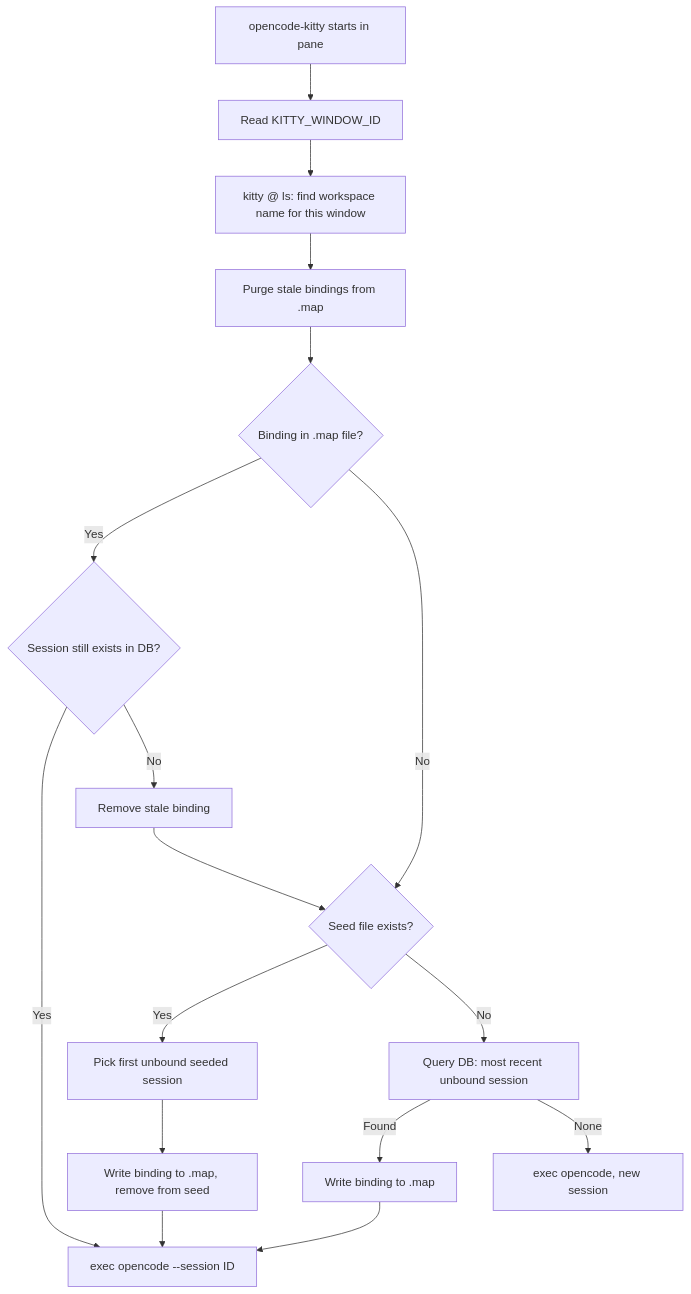
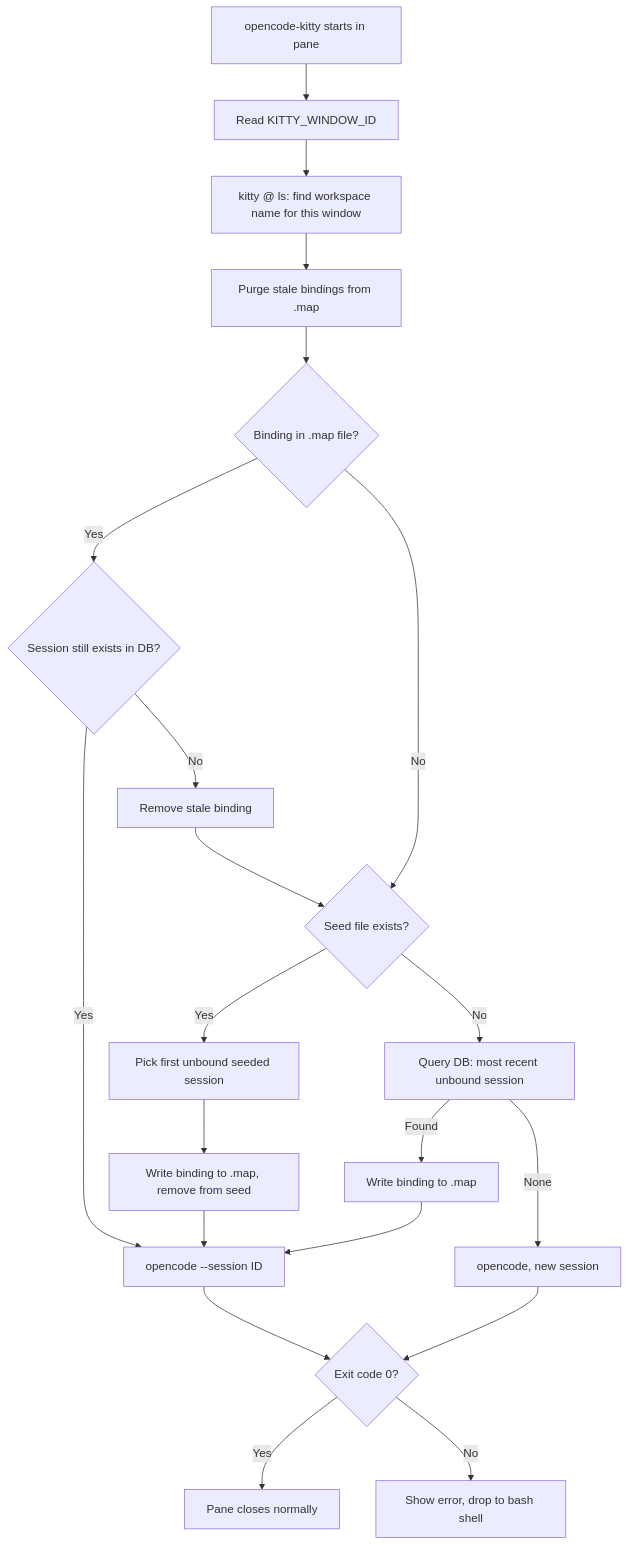
Before and after one commit to Saltiola7/dotfiles: the third of 3 diagrams in docs/specs/kitty-pycharm.md, drawn with Mermaid. The commit also changed other lines of this file and 11 other files, not shown here.

````diff
--- a/docs/specs/kitty-pycharm.md
+++ b/docs/specs/kitty-pycharm.md
@@ -162,19 +173,23 @@
 ```mermaid
 flowchart TD
     A[opencode-kitty starts in pane] --> B[Read KITTY_WINDOW_ID]
     B --> C[kitty @ ls: find workspace name for this window]
     C --> P[Purge stale bindings from .map]
     P --> D{Binding in .map file?}
     D -->|Yes| E{Session still exists in DB?}
-    E -->|Yes| F[exec opencode --session ID]
+    E -->|Yes| F[opencode --session ID]
     E -->|No| G[Remove stale binding]
     D -->|No| H{Seed file exists?}
     H -->|Yes| I[Pick first unbound seeded session]
     I --> J[Write binding to .map, remove from seed]
     J --> F
     H -->|No| K[Query DB: most recent unbound session]
     K -->|Found| L[Write binding to .map]
     L --> F
-    K -->|None| M[exec opencode, new session]
+    K -->|None| M[opencode, new session]
     G --> H
+    F --> R{Exit code 0?}
+    M --> R
+    R -->|Yes| Z[Pane closes normally]
+    R -->|No| ERR["Show error, drop to bash shell"]
 ```
````
